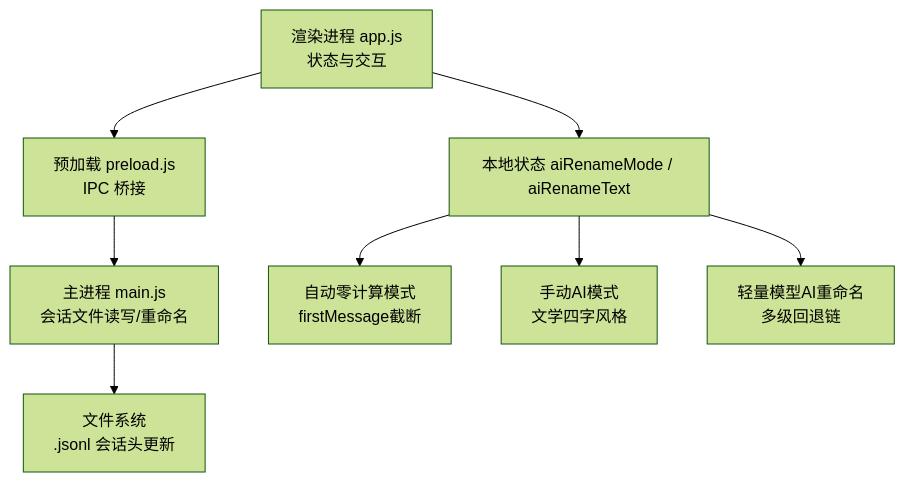
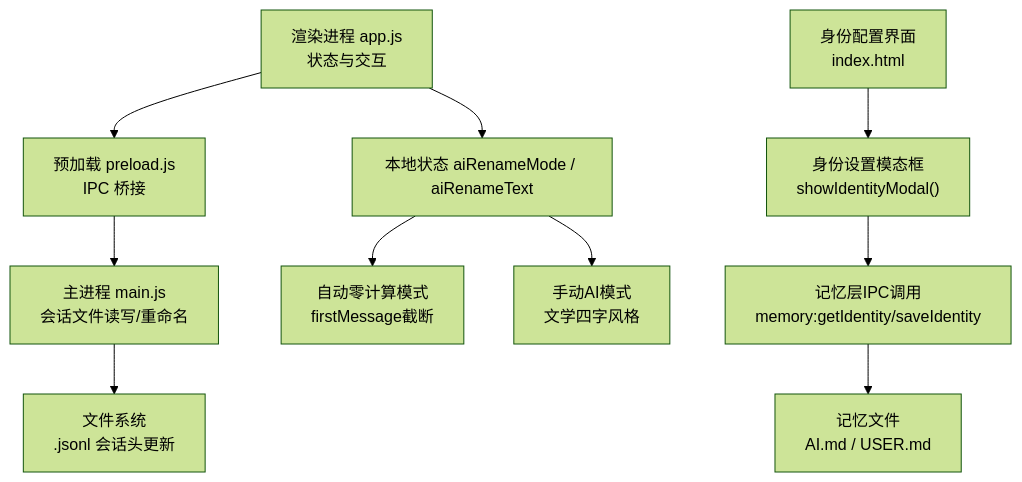
One commit to swond-Mao/Tiffa changed the first of 3 diagrams in .qoder/repowiki/zh/content/用户界面/AI智能重命名功能.md. Above: the diagram before and after it, drawn with Mermaid (forest theme). The commit also changed other lines of this file and 25 other files, not shown here.

````diff
--- a/.qoder/repowiki/zh/content/用户界面/AI智能重命名功能.md
+++ b/.qoder/repowiki/zh/content/用户界面/AI智能重命名功能.md
@@ -43,10 +49,12 @@
 ```mermaid
 graph TB
 UI["渲染进程 app.js<br/>状态与交互"] --> Bridge["预加载 preload.js<br/>IPC 桥接"]
 Bridge --> Main["主进程 main.js<br/>会话文件读写/重命名"]
 Main --> FS["文件系统<br/>.jsonl 会话头更新"]
 UI --> State["本地状态 aiRenameMode / aiRenameText"]
 State --> AutoMode["自动零计算模式<br/>firstMessage截断"]
 State --> ManualMode["手动AI模式<br/>文学四字风格"]
-State --> LightModel["轻量模型AI重命名<br/>多级回退链"]
+Identity["身份配置界面<br/>index.html"] --> IdentityModal["身份设置模态框<br/>showIdentityModal()"]
+IdentityModal --> MemoryIPC["记忆层IPC调用<br/>memory:getIdentity/saveIdentity"]
+MemoryIPC --> MemoryFiles["记忆文件<br/>AI.md / USER.md"]
 ```
````
